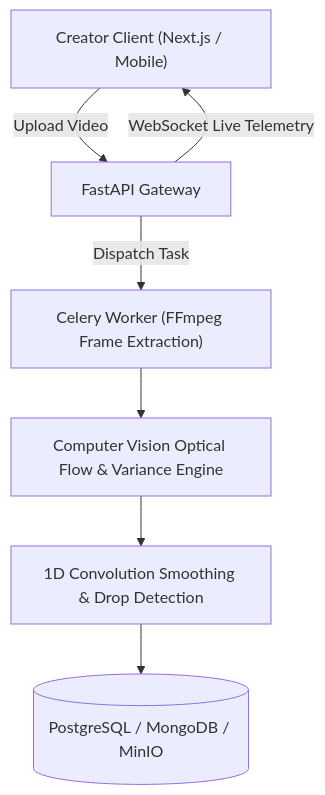
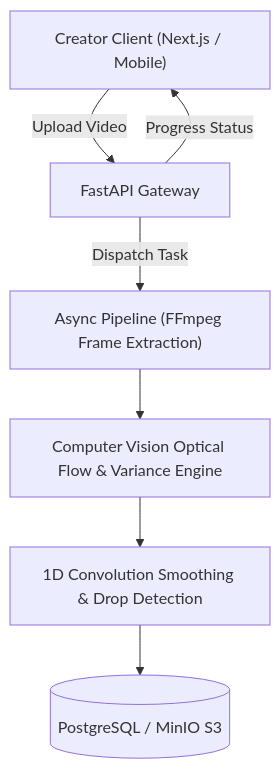
Before and after one commit to yashpatadiya1724-cmyk/vidpulse-ai: the diagram in README.md, drawn with Mermaid. The commit also changed other lines of this file, not shown here.

Commit message:
docs: reconcile tech stack to truthfully reflect FastAPI async pipeline and SQLAlchemy

````diff
--- a/README.md
+++ b/README.md
@@ -27,16 +26,16 @@
 ```mermaid
 flowchart TD
     User["Creator Client (Next.js / Mobile)"]
     API["FastAPI Gateway"]
-    CeleryWorker["Celery Worker (FFmpeg Frame Extraction)"]
+    AsyncWorker["Async Pipeline (FFmpeg Frame Extraction)"]
     CVEngine["Computer Vision Optical Flow & Variance Engine"]
     ConvFilter["1D Convolution Smoothing & Drop Detection"]
-    DB[(PostgreSQL / MongoDB / MinIO)]
+    DB[(PostgreSQL / MinIO S3)]
 
     User -->|Upload Video| API
-    API -->|Dispatch Task| CeleryWorker
-    CeleryWorker --> CVEngine
+    API -->|Dispatch Task| AsyncWorker
+    AsyncWorker --> CVEngine
     CVEngine --> ConvFilter
     ConvFilter --> DB
-    API -->|WebSocket Live Telemetry| User
+    API -->|Progress Status| User
 ```
````
